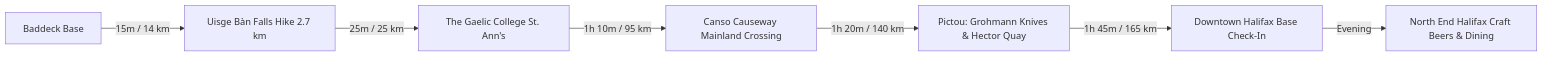
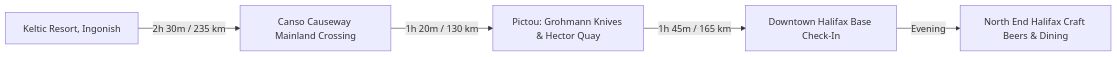
The diagram in docs/day4_baddeck_to_halifax_heritage.md (iammzz/novascotia-2026), drawn with Mermaid before and after one commit. The commit also changed other lines of this file and 8 other files, not shown here.

Commit message:
Load Keltic Resort booking (Mon Oct 12, Ingonish, Res #27835, $324.43); Day 3 ends at Keltic, Day 4 starts there; drop Uisge Ban/Gaelic College from Day 4

````diff
--- a/docs/day4_baddeck_to_halifax_heritage.md
+++ b/docs/day4_baddeck_to_halifax_heritage.md
@@ -30,9 +28,7 @@
 ```mermaid
 graph LR
-    A[Baddeck Base] -->|15m / 14 km| B[Uisge Bàn Falls Hike 2.7 km]
-    B -->|25m / 25 km| C[The Gaelic College St. Ann's]
-    C -->|1h 10m / 95 km| D[Canso Causeway Mainland Crossing]
-    D -->|1h 20m / 140 km| E[Pictou: Grohmann Knives & Hector Quay]
-    E -->|1h 45m / 165 km| F[Downtown Halifax Base Check-In]
-    F -->|Evening| G[North End Halifax Craft Beers & Dining]
+    A[Keltic Resort, Ingonish] -->|2h 30m / 235 km| B[Canso Causeway Mainland Crossing]
+    B -->|1h 20m / 130 km| C[Pictou: Grohmann Knives & Hector Quay]
+    C -->|1h 45m / 165 km| D[Downtown Halifax Base Check-In]
+    D -->|Evening| E[North End Halifax Craft Beers & Dining]
 ```
````
